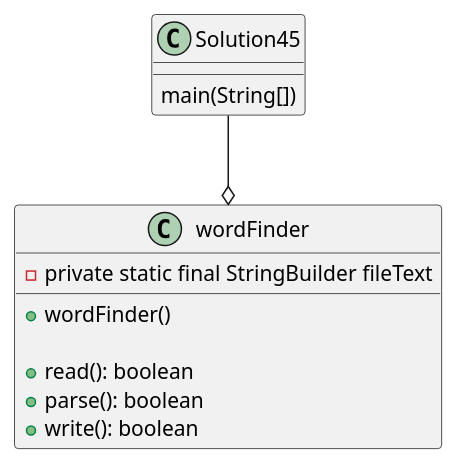
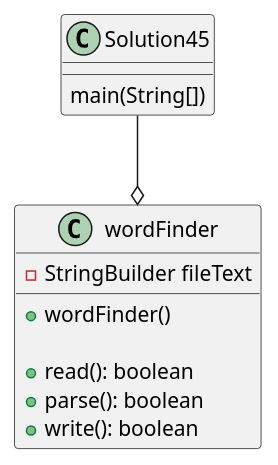
The diagram in exercise45/docs/Solution45.puml (Cesar-Hernandez-1/hernandez-a04), drawn with PlantUML before and after one commit. The commit also changed 9 other files, not shown here.

```diff
--- a/exercise45/docs/Solution45.puml
+++ b/exercise45/docs/Solution45.puml
@@ -1,23 +1,23 @@
 @startuml
 class Solution45{
     main(String[])
     'wordFinder app = new wordFinder()
     'app.read()
     'app.parse()
     'app.write()
 }
 
 class wordFinder{
     'attributes
-    - private static final StringBuilder fileText
+    - StringBuilder fileText
 
     'methods
     + wordFinder()
 
     + read(): boolean
     + parse(): boolean
     + write(): boolean
 }
 
 Solution45 --o wordFinder
 @enduml
```
